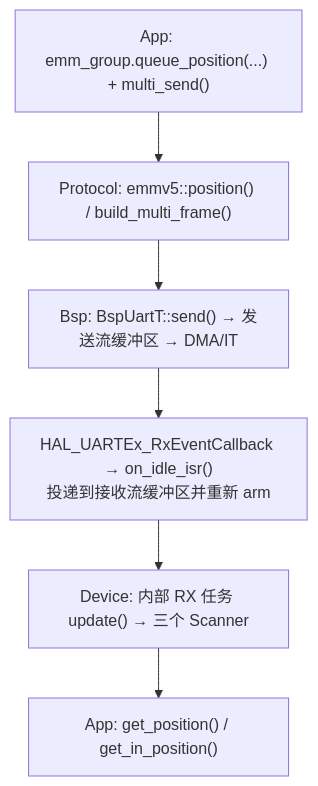
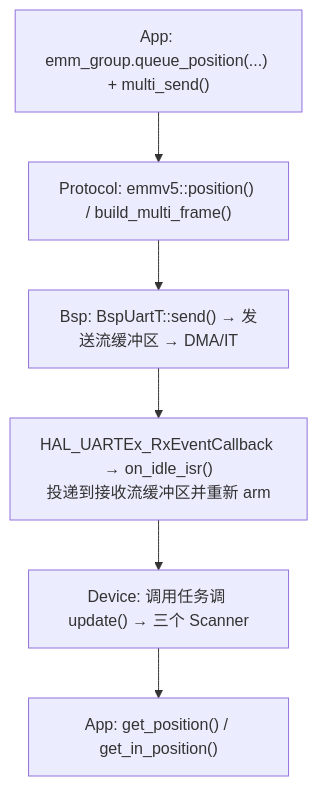
One commit to cubot-refactor-code-plan/DM_MC02 changed the second of 2 diagrams in Docs/spec/分层架构.md. Above: the diagram before and after it, drawn with Mermaid. The commit also changed other lines of this file and 62 other files, not shown here.

````diff
--- a/Docs/spec/分层架构.md
+++ b/Docs/spec/分层架构.md
@@ -66,8 +67,8 @@
 ```mermaid
 graph TD
   A["App: emm_group.queue_position(...) + multi_send()"] --> B["Protocol: emmv5::position() / build_multi_frame()"]
   B --> C["Bsp: BspUartT::send() → 发送流缓冲区 → DMA/IT"]
   C --> D["HAL_UARTEx_RxEventCallback → on_idle_isr()<br/>投递到接收流缓冲区并重新 arm"]
-  D --> E["Device: 内部 RX 任务 update() → 三个 Scanner"]
+  D --> E["Device: 调用任务调 update() → 三个 Scanner"]
   E --> F["App: get_position() / get_in_position()"]
 ```
````
